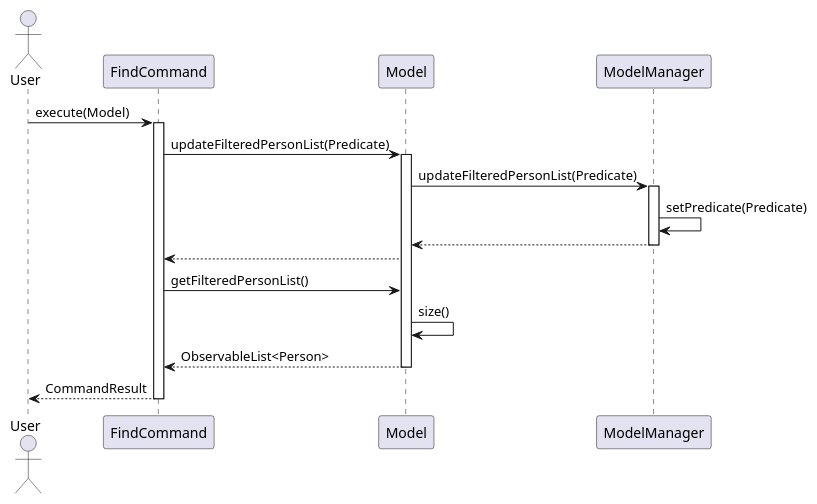
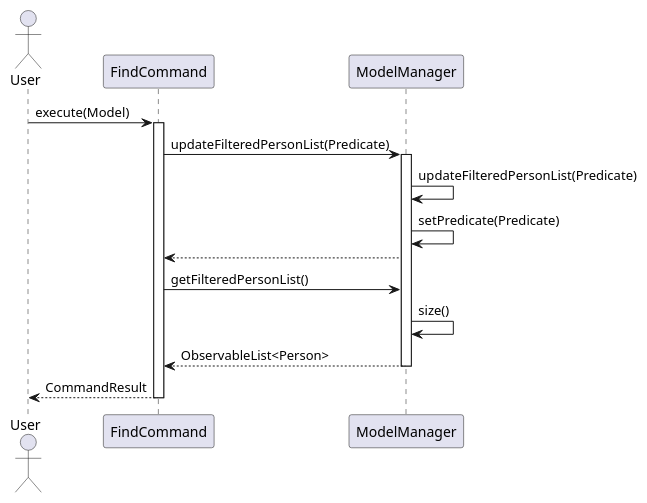
The diagram in docs/diagrams/FindSequenceDiagram.puml (nus-cs2103-AY2425S1/tp), drawn with PlantUML before and after one commit. The commit also changed 1 other file, not shown here.

```diff
--- a/docs/diagrams/FindSequenceDiagram.puml
+++ b/docs/diagrams/FindSequenceDiagram.puml
@@ -1,34 +1,26 @@
 @startuml FindSequenceDiagram
 
 actor User
 participant FindCommand
-participant Model
 participant ModelManager
 
 User -> FindCommand: execute(Model)
 activate FindCommand
 
-FindCommand -> Model: updateFilteredPersonList(Predicate)
-activate Model
-
-Model -> ModelManager: updateFilteredPersonList(Predicate)
+FindCommand -> ModelManager: updateFilteredPersonList(Predicate)
 activate ModelManager
 
+ModelManager -> ModelManager: updateFilteredPersonList(Predicate)
+
 ModelManager -> ModelManager: setPredicate(Predicate)
+ModelManager --> FindCommand:
 
-
-ModelManager --> Model:
+FindCommand -> ModelManager: getFilteredPersonList()
+ModelManager -> ModelManager: size()
+ModelManager --> FindCommand: ObservableList<Person>
 deactivate ModelManager
-
-
-Model --> FindCommand:
-
-FindCommand -> Model: getFilteredPersonList()
-Model -> Model: size()
-Model --> FindCommand: ObservableList<Person>
-deactivate Model
 
 FindCommand --> User: CommandResult
 deactivate FindCommand
 
 @enduml
```
